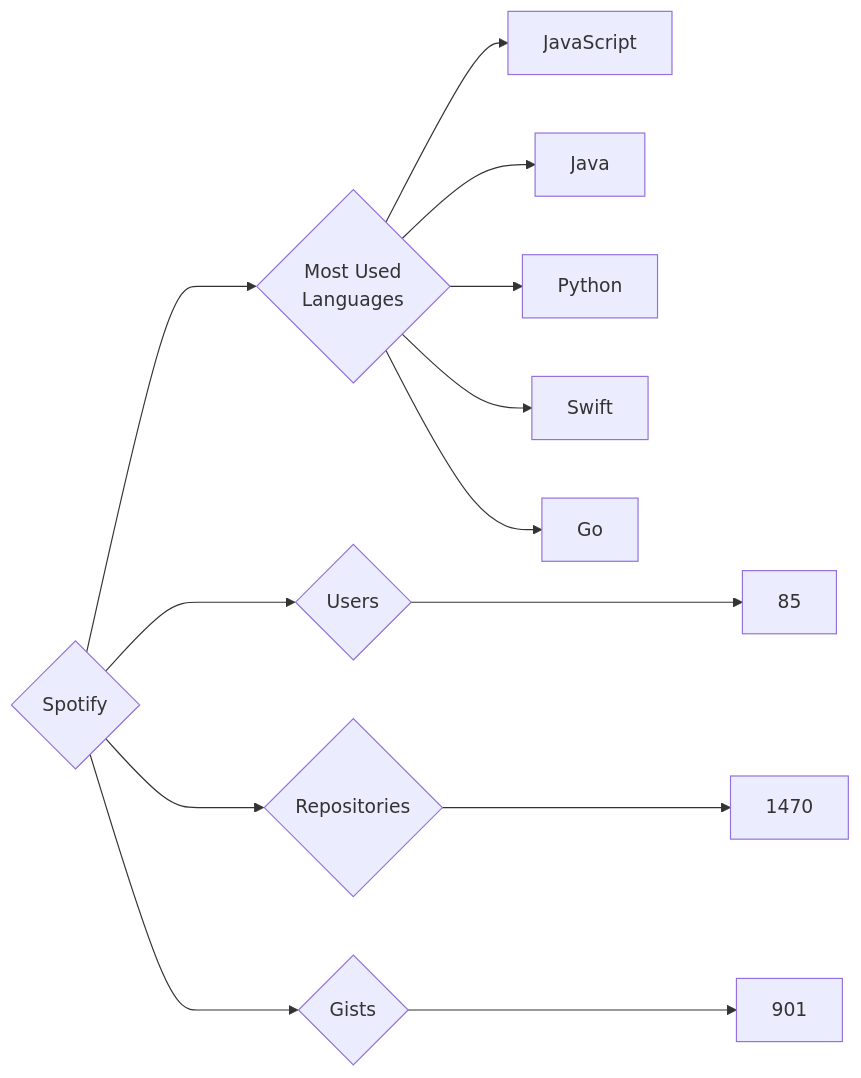
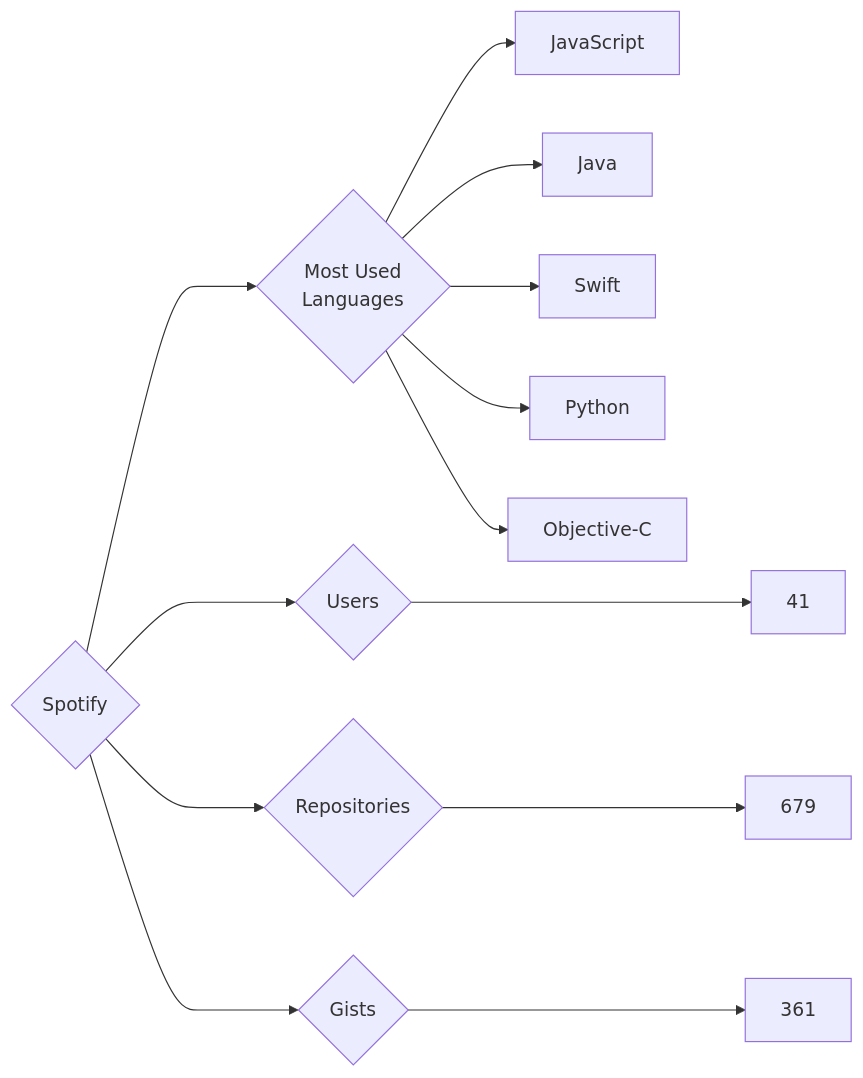
One commit to trickest/insiders changed the diagram in targets/Spotify/README.md. Above: the diagram before and after it, drawn with Mermaid. The commit also changed 976 other files, not shown here.

````diff
--- a/targets/Spotify/README.md
+++ b/targets/Spotify/README.md
@@ -3,13 +3,13 @@
 ```mermaid
 graph LR
 COMPANY_NAME{Spotify}
-COMPANY_NAME ---> U{Users} ---> UN[85]
-COMPANY_NAME ---> R{Repositories} ---> RN[1470]
-COMPANY_NAME ---> G{Gists} ---> GN[901]
+COMPANY_NAME ---> U{Users} ---> UN[41]
+COMPANY_NAME ---> R{Repositories} ---> RN[679]
+COMPANY_NAME ---> G{Gists} ---> GN[361]
 COMPANY_NAME ---> ML{Most Used<br>Languages}
 ML --> JavaScript[JavaScript]
 ML --> Java[Java]
+ML --> Swift[Swift]
 ML --> Python[Python]
-ML --> Swift[Swift]
-ML --> Go[Go]
+ML --> Objective-C[Objective-C]
 ```
````
